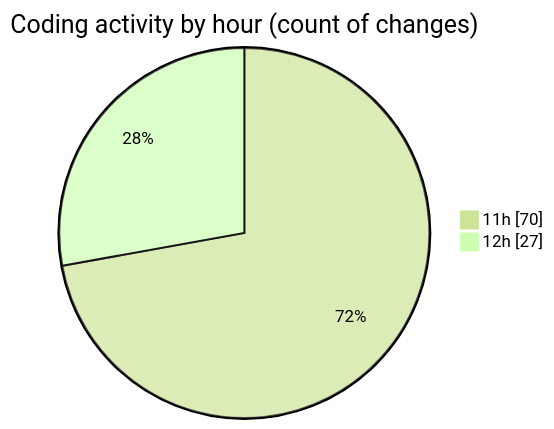
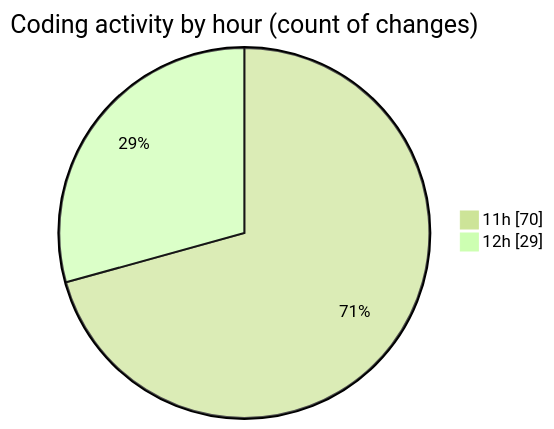
One commit to nxtqubesakshisongat/code-tracking changed the second of 2 diagrams in 2025-12-24/nxtqube_webapp/README.md. Above: the diagram before and after it, drawn with Mermaid (forest theme). The commit also changed other lines of this file and 1 other file, not shown here.

````diff
--- a/2025-12-24/nxtqube_webapp/README.md
+++ b/2025-12-24/nxtqube_webapp/README.md
@@ -28,6 +28,6 @@
 ```mermaid
 pie showData
 title Coding activity by hour (count of changes)
 "11h" : 70
-"12h" : 27
+"12h" : 29
 ```
````
